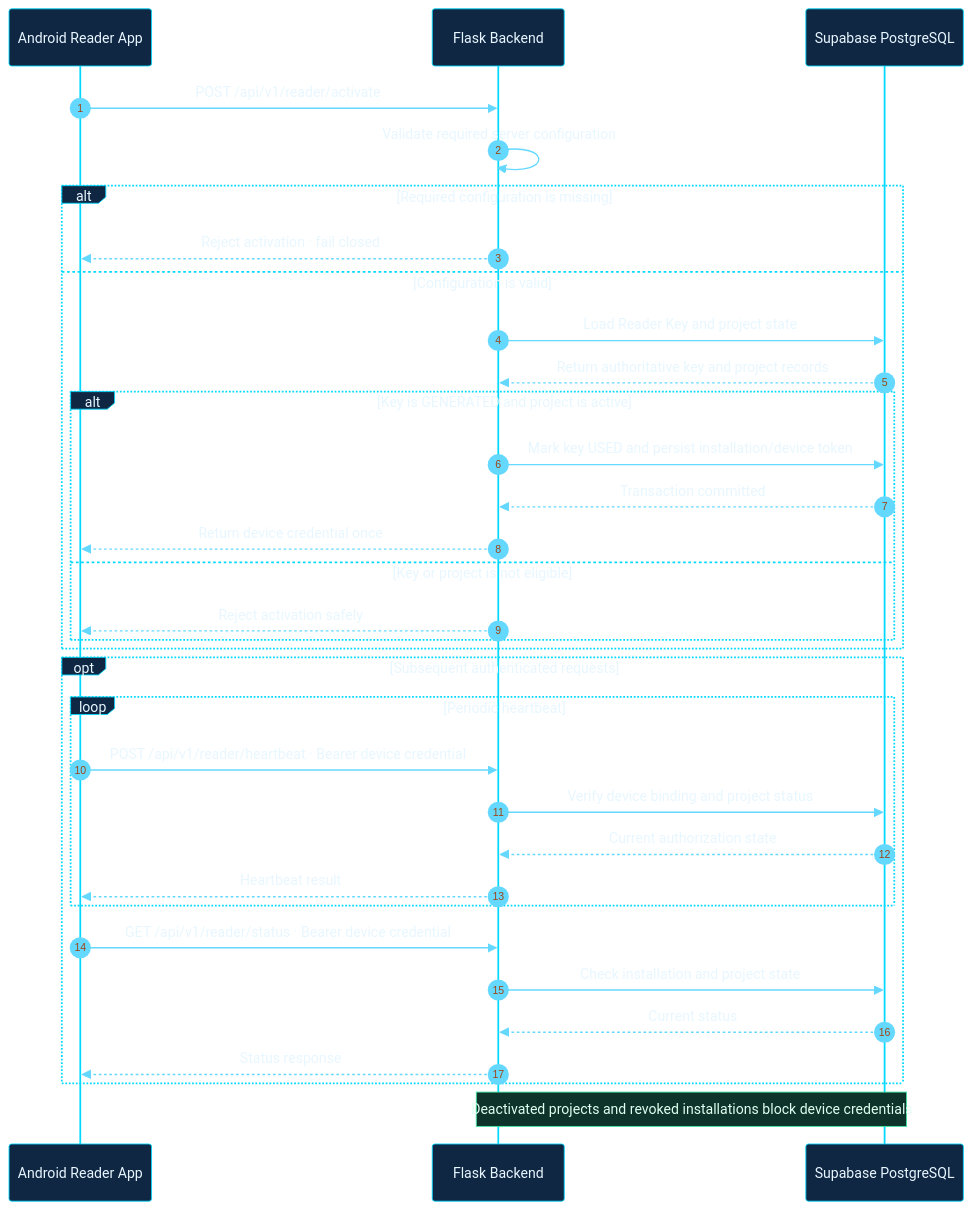
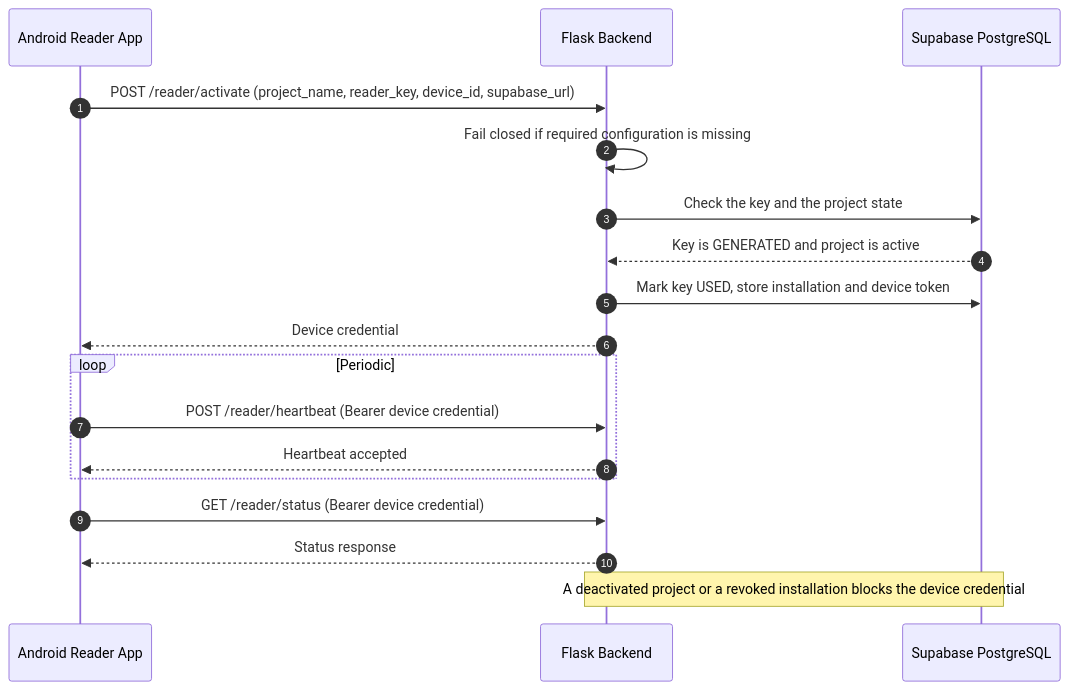
Diagram 15 of 23 in README.md (shajeduzzamanenan992008inc/NexOra-Database-key-Gen), drawn with Mermaid before and after one commit. The commit also changed other lines of this file, not shown here.

````diff
--- a/README.md
+++ b/README.md
@@ -1215,38 +1161,20 @@
 ```mermaid
-%%{init: {"theme":"base","themeVariables":{"darkMode":true,"background":"#07111f","primaryColor":"#102744","primaryTextColor":"#e8f7ff","primaryBorderColor":"#00d9ff","lineColor":"#62b9e8","secondaryColor":"#261d45","secondaryTextColor":"#f3eaff","secondaryBorderColor":"#a78bfa","tertiaryColor":"#12332b","tertiaryTextColor":"#e0fff1","tertiaryBorderColor":"#41e6a2","fontFamily":"Inter, Segoe UI, sans-serif","fontSize":"14px","edgeLabelBackground":"#101d34","mainBkg":"#102744","nodeBorder":"#00d9ff","clusterBkg":"#0b1930","clusterBorder":"#6f7dff","actorBkg":"#102744","actorBorder":"#00d9ff","actorTextColor":"#e8f7ff","signalColor":"#64d8ff","signalTextColor":"#e8f7ff","noteBkgColor":"#0e332b","noteBorderColor":"#41e6a2","noteTextColor":"#e0fff1"}}}%%
 sequenceDiagram
     autonumber
     participant R as Android Reader App
     participant API as Flask Backend
     participant DB as Supabase PostgreSQL
-
-    R->>API: POST /api/v1/reader/activate
-    API->>API: Validate required server configuration
-    alt Required configuration is missing
-        API-->>R: Reject activation · fail closed
-    else Configuration is valid
-        API->>DB: Load Reader Key and project state
-        DB-->>API: Return authoritative key and project records
-        alt Key is GENERATED and project is active
-            API->>DB: Mark key USED and persist installation/device token
-            DB-->>API: Transaction committed
-            API-->>R: Return device credential once
-        else Key or project is not eligible
-            API-->>R: Reject activation safely
-        end
+    R->>API: POST /reader/activate (project_name, reader_key, device_id, supabase_url)
+    API->>API: Fail closed if required configuration is missing
+    API->>DB: Check the key and the project state
+    DB-->>API: Key is GENERATED and project is active
+    API->>DB: Mark key USED, store installation and device token
+    API-->>R: Device credential
+    loop Periodic
+        R->>API: POST /reader/heartbeat (Bearer device credential)
+        API-->>R: Heartbeat accepted
     end
-
-    opt Subsequent authenticated requests
-        loop Periodic heartbeat
-            R->>API: POST /api/v1/reader/heartbeat · Bearer device credential
-            API->>DB: Verify device binding and project status
-            DB-->>API: Current authorization state
-            API-->>R: Heartbeat result
-        end
-        R->>API: GET /api/v1/reader/status · Bearer device credential
-        API->>DB: Check installation and project state
-        DB-->>API: Current status
-        API-->>R: Status response
-    end
-    Note over API,DB: Deactivated projects and revoked installations block device credentials
+    R->>API: GET /reader/status (Bearer device credential)
+    API-->>R: Status response
+    Note over API,DB: A deactivated project or a revoked installation blocks the device credential
 ```
````
